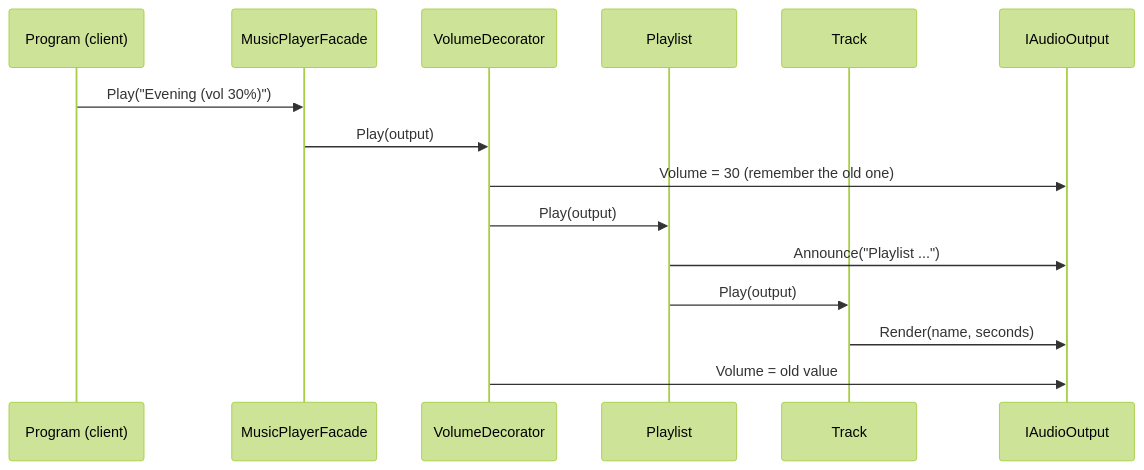
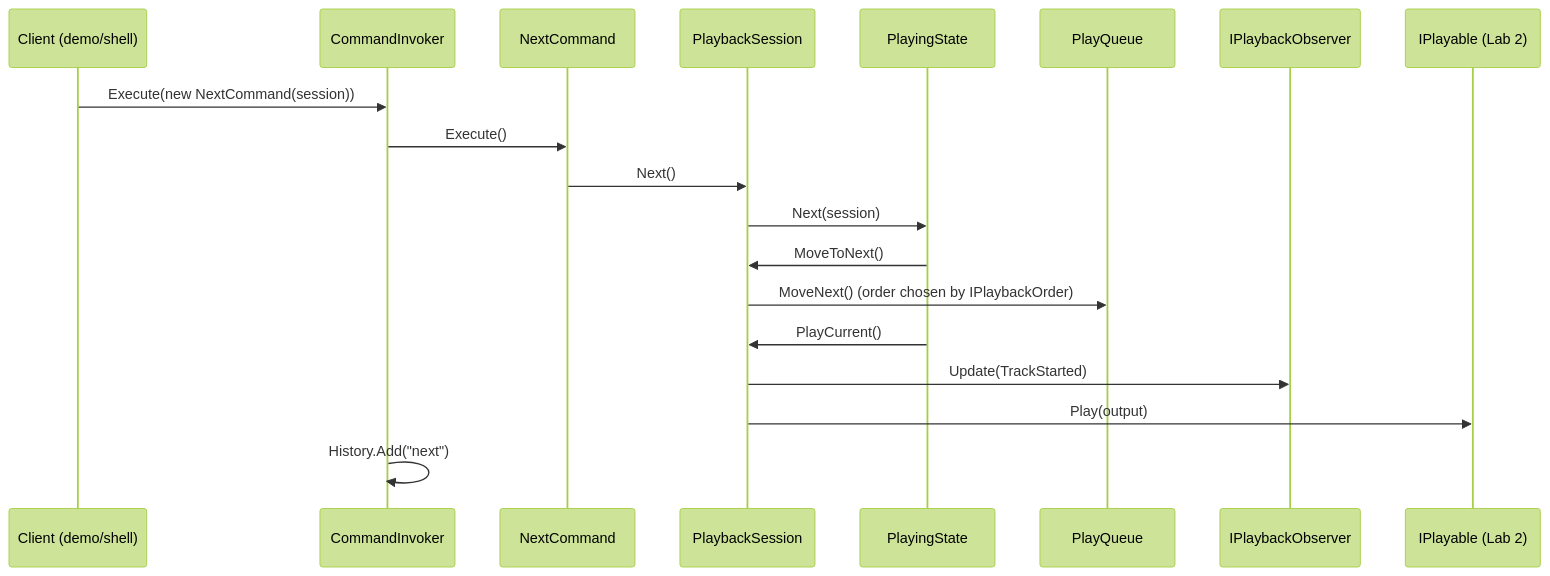
The first of 5 diagrams in REPORT.md (dana-r19/tmps), drawn with Mermaid (forest theme) before and after one commit. The commit also changed other lines of this file and 1 other file, not shown here.

Commit message:
Add Lab 3 report; keep the Lab 2 report under docs/

````diff
--- a/REPORT.md
+++ b/REPORT.md
@@ -29,17 +39,21 @@
 ```mermaid
 sequenceDiagram
-    participant C as Program (client)
-    participant F as MusicPlayerFacade
-    participant D as VolumeDecorator
-    participant P as Playlist
-    participant T as Track
-    participant O as IAudioOutput
-    C->>F: Play("Evening (vol 30%)")
-    F->>D: Play(output)
-    D->>O: Volume = 30 (remember the old one)
-    D->>P: Play(output)
-    P->>O: Announce("Playlist ...")
-    P->>T: Play(output)
-    T->>O: Render(name, seconds)
-    D->>O: Volume = old value
+    participant U as Client (demo/shell)
+    participant I as CommandInvoker
+    participant C as NextCommand
+    participant S as PlaybackSession
+    participant P as PlayingState
+    participant Q as PlayQueue
+    participant O as IPlaybackObserver
+    participant T as IPlayable (Lab 2)
+    U->>I: Execute(new NextCommand(session))
+    I->>C: Execute()
+    C->>S: Next()
+    S->>P: Next(session)
+    P->>S: MoveToNext()
+    S->>Q: MoveNext() (order chosen by IPlaybackOrder)
+    P->>S: PlayCurrent()
+    S->>O: Update(TrackStarted)
+    S->>T: Play(output)
+    I->>I: History.Add("next")
 ```
````
